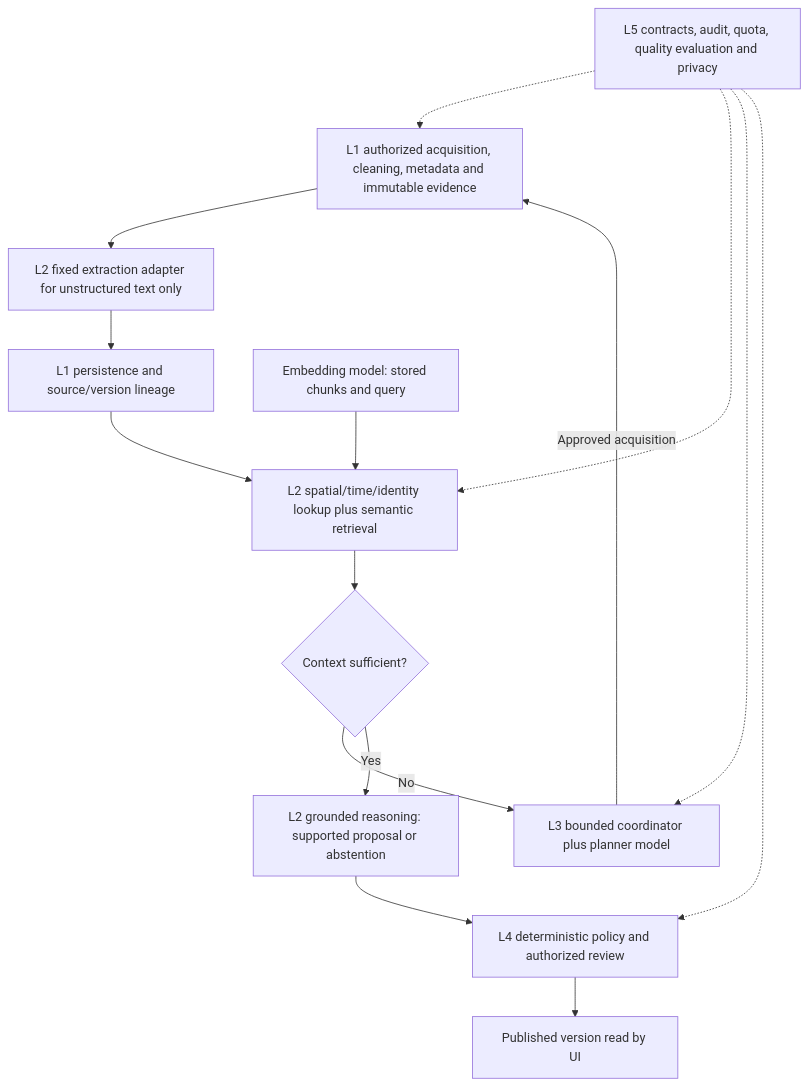
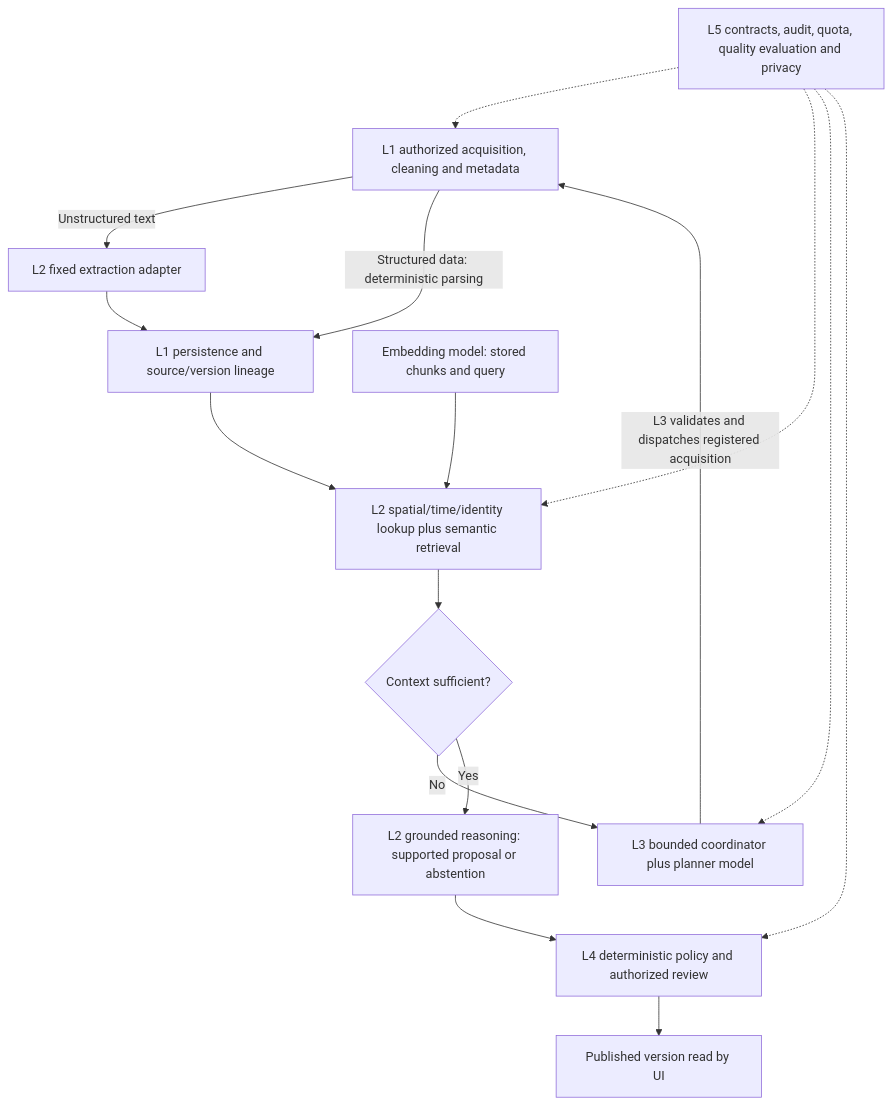
The diagram in docs/AI_MODEL_INTEGRATION_PLAN.md (Asassinoooo/Waspada-Jakarta), drawn with Mermaid before and after one commit. The commit also changed other lines of this file, not shown here.

Commit message:
docs(AI): align extraction and acquisition boundaries after review

````diff
--- a/docs/AI_MODEL_INTEGRATION_PLAN.md
+++ b/docs/AI_MODEL_INTEGRATION_PLAN.md
@@ -24,17 +26,18 @@
 ```mermaid
 flowchart TD
-  D[L1 authorized acquisition, cleaning, metadata and immutable evidence] --> E[L2 fixed extraction adapter for unstructured text only]
+  D[L1 authorized acquisition, cleaning and metadata] -->|Unstructured text| E[L2 fixed extraction adapter]
+  D -->|Structured data: deterministic parsing| S
   E --> S[L1 persistence and source/version lineage]
   S --> R[L2 spatial/time/identity lookup plus semantic retrieval]
   Q[Embedding model: stored chunks and query] --> R
   R --> C{Context sufficient?}
   C -->|No| A[L3 bounded coordinator plus planner model]
-  A -->|Approved acquisition| D
+  A -->|L3 validates and dispatches registered acquisition| D
   C -->|Yes| J[L2 grounded reasoning: supported proposal or abstention]
   J --> P[L4 deterministic policy and authorized review]
   P --> U[Published version read by UI]
   V[L5 contracts, audit, quota, quality evaluation and privacy] -.-> D
   V -.-> R
   V -.-> A
   V -.-> P
 ```
````
